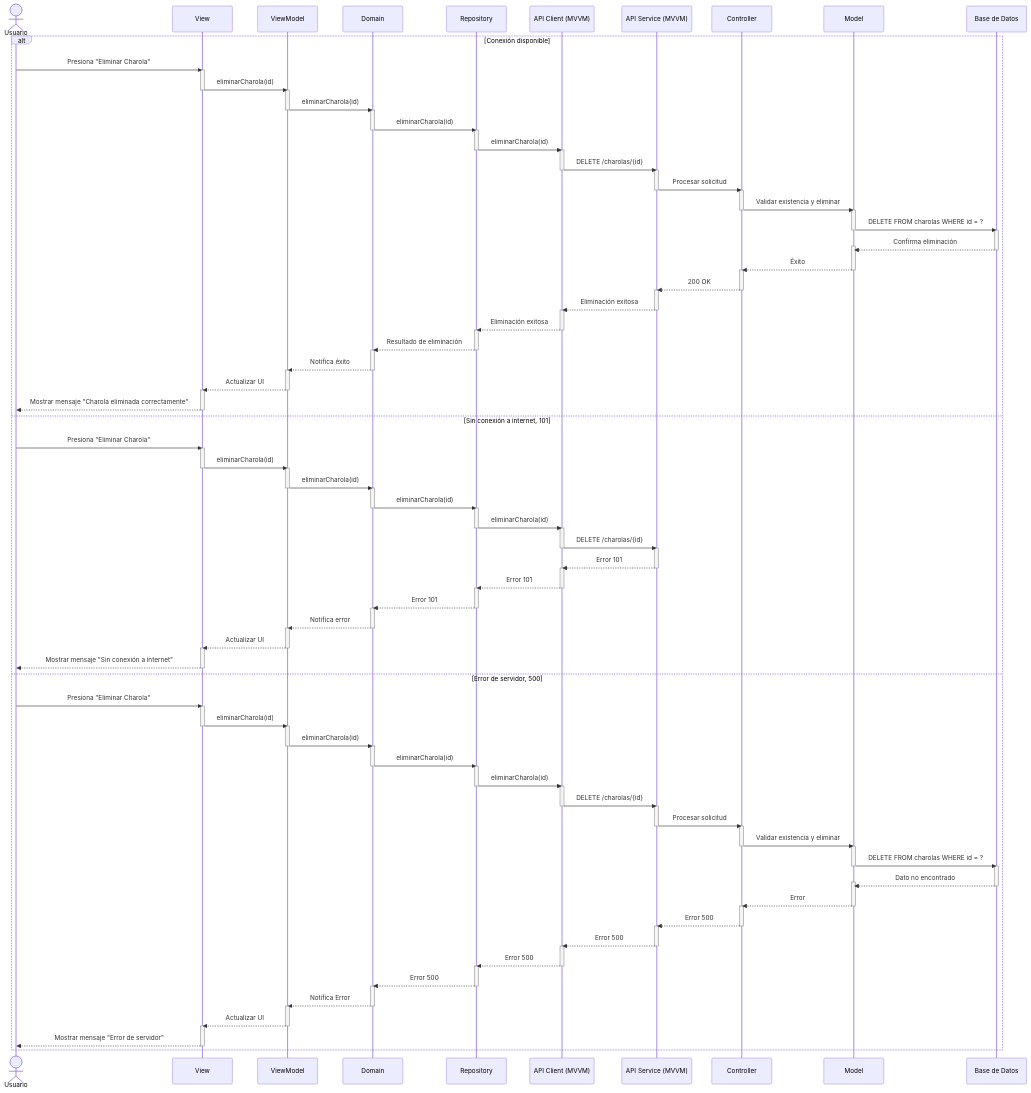
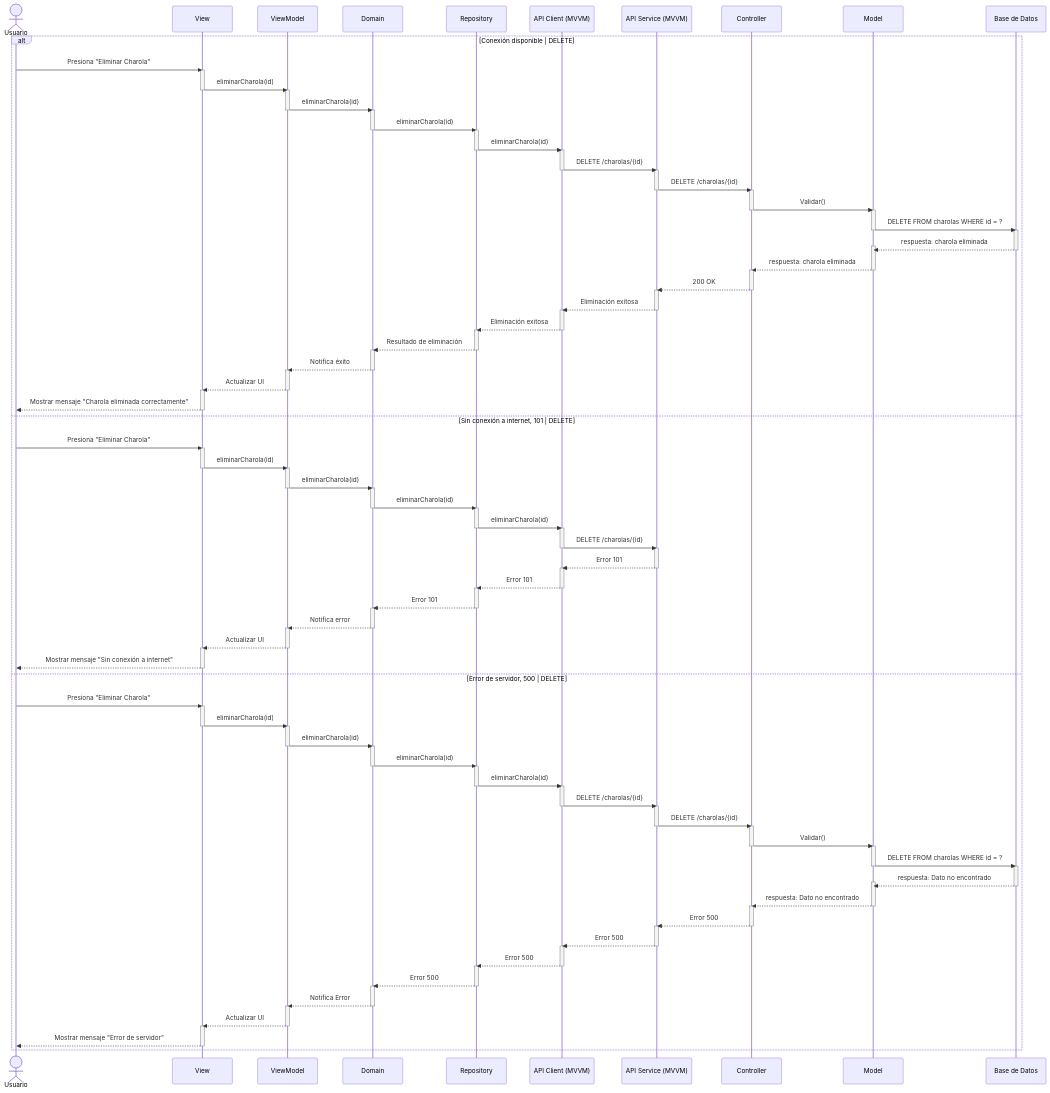
One commit to CodeAnd-Co/Documentacion changed the diagram in documentation/docs/proyectos/larvas/documentacion/requisitos/RF8.md. Above: the diagram before and after it, drawn with Mermaid. The commit also changed other lines of this file, not shown here.

```diff
--- a/documentation/docs/proyectos/larvas/documentacion/requisitos/RF8.md
+++ b/documentation/docs/proyectos/larvas/documentacion/requisitos/RF8.md
@@ -35,7 +35,7 @@
     participant Model as Model
     participant Database as Base de Datos
 
-    alt Conexión disponible
+    alt Conexión disponible | DELETE
         Usuario ->> View: Presiona "Eliminar Charola"
         activate View
 
@@ -59,11 +59,11 @@
         deactivate APIClient
         activate APIService
 
-        APIService ->> Controller: Procesar solicitud
+        APIService ->> Controller: DELETE /charolas/{id}
         deactivate APIService
         activate Controller
 
-        Controller ->> Model: Validar existencia y eliminar
+        Controller ->> Model: Validar()
         deactivate Controller
         activate Model
 
@@ -71,11 +71,11 @@
         deactivate Model
         activate Database
 
-        Database -->> Model: Confirma eliminación
+        Database -->> Model: respuesta: charola eliminada
         activate Model
         deactivate Database
 
-        Model -->> Controller: Éxito
+        Model -->> Controller: respuesta: charola eliminada
         deactivate Model
         activate Controller
 
@@ -105,7 +105,8 @@
 
         View -->> Usuario: Mostrar mensaje "Charola eliminada correctamente"
         deactivate View
-    else Sin conexión a internet, 101
+
+    else Sin conexión a internet, 101 | DELETE
         Usuario ->> View: Presiona "Eliminar Charola"
         activate View
 
@@ -151,7 +152,8 @@
 
         View -->> Usuario: Mostrar mensaje "Sin conexión a internet"
         deactivate View
-    else Error de servidor, 500
+
+    else Error de servidor, 500 | DELETE
         Usuario ->> View: Presiona "Eliminar Charola"
         activate View
 
@@ -175,11 +177,11 @@
         deactivate APIClient
         activate APIService
 
-        APIService ->> Controller: Procesar solicitud
+        APIService ->> Controller: DELETE /charolas/{id}
         deactivate APIService
         activate Controller
 
-        Controller ->> Model: Validar existencia y eliminar
+        Controller ->> Model: Validar()
         deactivate Controller
         activate Model
 
@@ -187,11 +189,11 @@
         deactivate Model
         activate Database
 
-        Database -->> Model: Dato no encontrado
+        Database -->> Model: respuesta: Dato no encontrado
         activate Model
         deactivate Database
 
-        Model -->> Controller: Error
+        Model -->> Controller: respuesta: Dato no encontrado
         deactivate Model
         activate Controller
 
```
